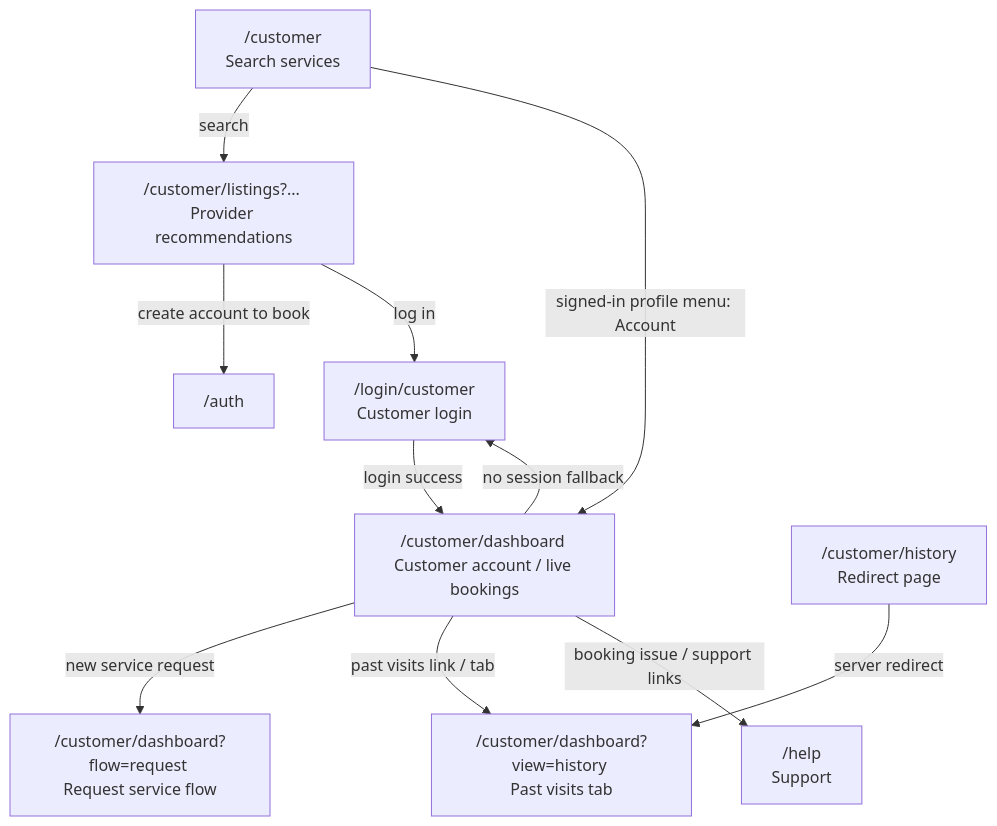
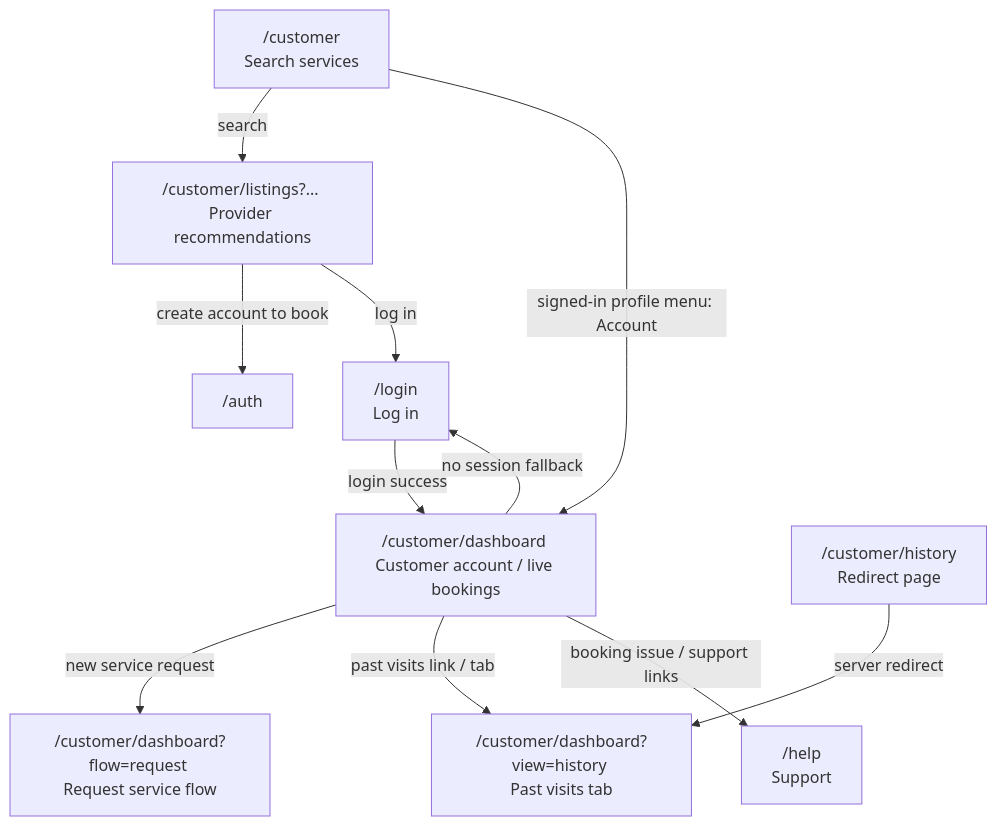
One commit to pkopps/ym changed the third of 6 diagrams in PAGE_FLOW.md. Above: the diagram before and after it, drawn with Mermaid. The commit also changed other lines of this file and 24 other files, not shown here.

````diff
--- a/PAGE_FLOW.md
+++ b/PAGE_FLOW.md
@@ -178,22 +169,22 @@
 ```mermaid
 flowchart TD
   customer["/customer <br/>Search services"]
   listings["/customer/listings?... <br/>Provider recommendations"]
   dashboard["/customer/dashboard <br/>Customer account / live bookings"]
   requestFlow["/customer/dashboard?flow=request <br/>Request service flow"]
   historyView["/customer/dashboard?view=history <br/>Past visits tab"]
   historyRedirect["/customer/history <br/>Redirect page"]
   help["/help <br/>Support"]
-  loginCustomer["/login/customer <br/>Customer login"]
+  login["/login <br/>Log in"]
 
   customer -->|search| listings
   listings -->|create account to book| auth["/auth"]
-  listings -->|log in| loginCustomer
-  loginCustomer -->|login success| dashboard
+  listings -->|log in| login
+  login -->|login success| dashboard
   customer -->|signed-in profile menu: Account| dashboard
   dashboard -->|new service request| requestFlow
   dashboard -->|past visits link / tab| historyView
   historyRedirect -->|server redirect| historyView
   dashboard -->|booking issue / support links| help
-  dashboard -->|no session fallback| loginCustomer
+  dashboard -->|no session fallback| login
 ```
````
